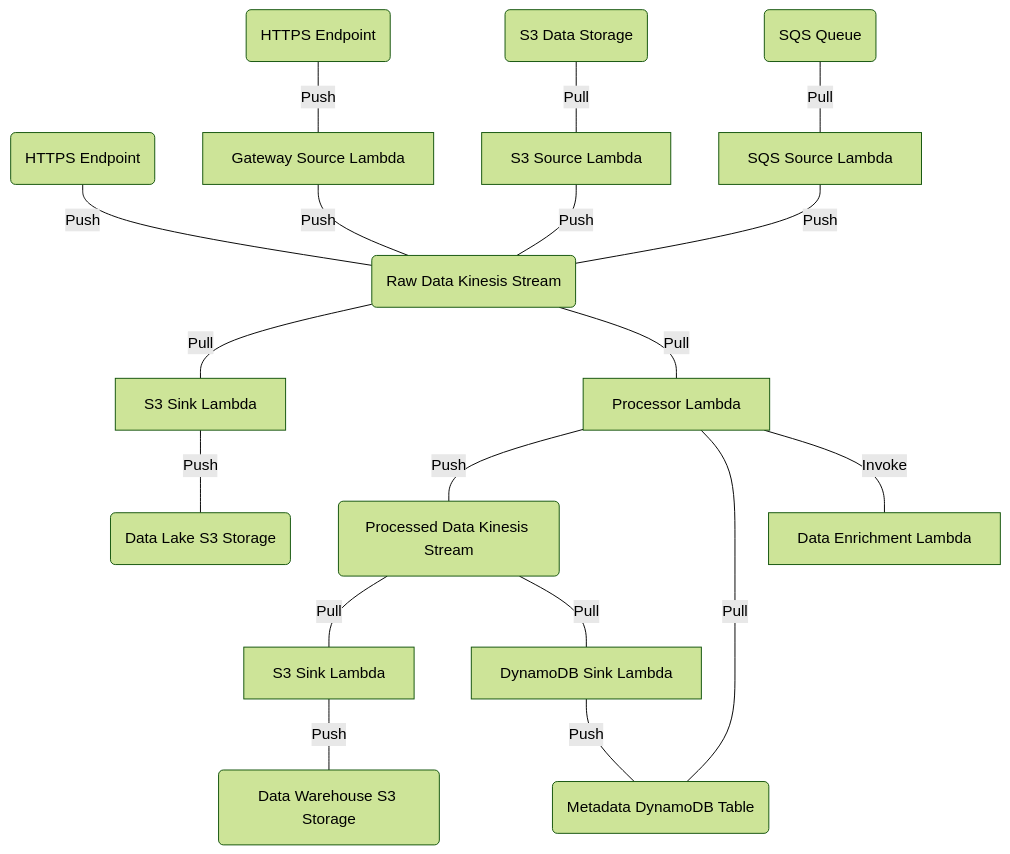
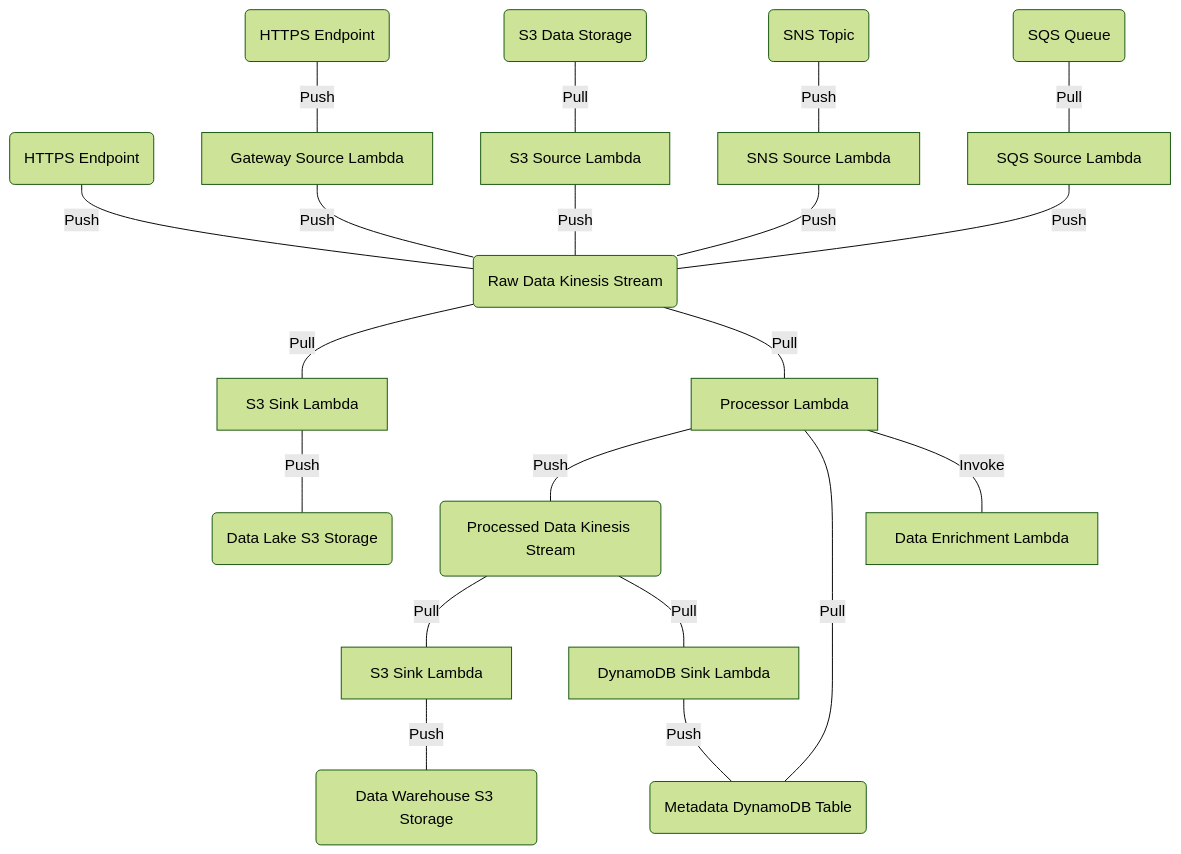
The diagram in examples/aws/README.md (brexhq/substation), drawn with Mermaid (forest theme) before and after one commit. The commit also changed 11 other files, not shown here.

````diff
--- a/examples/aws/README.md
+++ b/examples/aws/README.md
@@ -7,39 +7,42 @@
 ```mermaid
 graph TD
     %% core infrastructure
     dynamodb_table(Metadata DynamoDB Table)
     gateway_kinesis(HTTPS Endpoint)
     gateway(HTTPS Endpoint)
     kinesis_raw(Raw Data Kinesis Stream)
     kinesis_processed(Processed Data Kinesis Stream)
     s3_source_bucket(S3 Data Storage)
     s3_lake_bucket(Data Lake S3 Storage)
     s3_warehouse_bucket(Data Warehouse S3 Storage)
+    sns_topic(SNS Topic)
     sqs_queue(SQS Queue)
 
     %% Lambda data processing
     dynamodb_lambda[DynamoDB Sink Lambda]
     gateway_lambda[Gateway Source Lambda]
     kinesis_lambda[Processor Lambda]
     enrichment_lambda[Data Enrichment Lambda]
     s3_warehouse_sink_lambda[S3 Sink Lambda]
     s3_source_lambda[S3 Source Lambda]
     s3_lake_sink_lambda[S3 Sink Lambda]
+    sns_source_lambda[SNS Source Lambda]
     sqs_source_lambda[SQS Source Lambda]
 
     %% ingest
     gateway ---|Push| gateway_lambda ---|Push| kinesis_raw
     gateway_kinesis ---|Push| kinesis_raw
     s3_source_bucket ---|Pull| s3_source_lambda ---|Push| kinesis_raw
+    sns_topic ---|Push| sns_source_lambda ---|Push| kinesis_raw
     sqs_queue ---|Pull| sqs_source_lambda ---|Push| kinesis_raw
     kinesis_raw ---|Pull| s3_lake_sink_lambda ---|Push| s3_lake_bucket
 
     %% transform
     kinesis_raw ---|Pull| kinesis_lambda ---|Push| kinesis_processed
     kinesis_lambda ---|Pull| dynamodb_table
     kinesis_lambda ---|Invoke| enrichment_lambda
 
     %% load
     kinesis_processed ---|Pull| s3_warehouse_sink_lambda ---|Push| s3_warehouse_bucket
     kinesis_processed ---|Pull| dynamodb_lambda ---|Push| dynamodb_table
 ```
````
